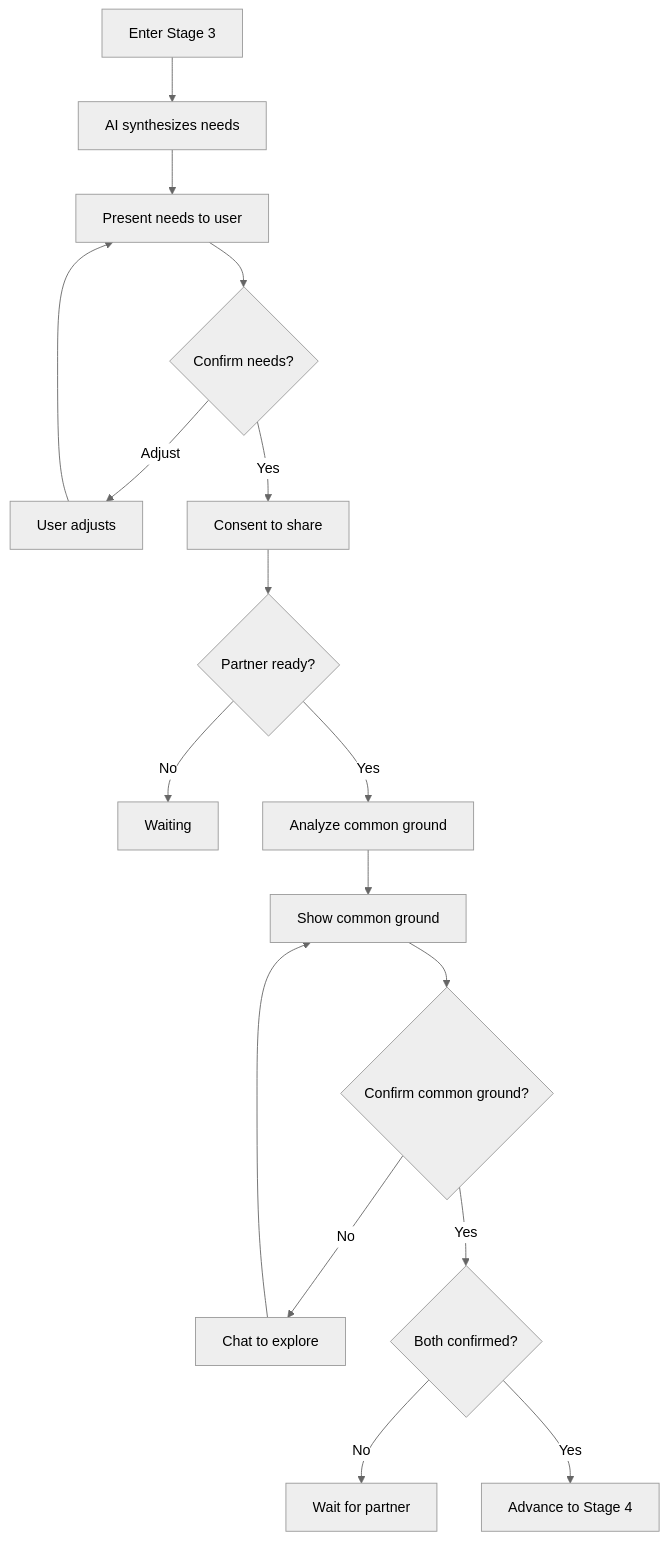
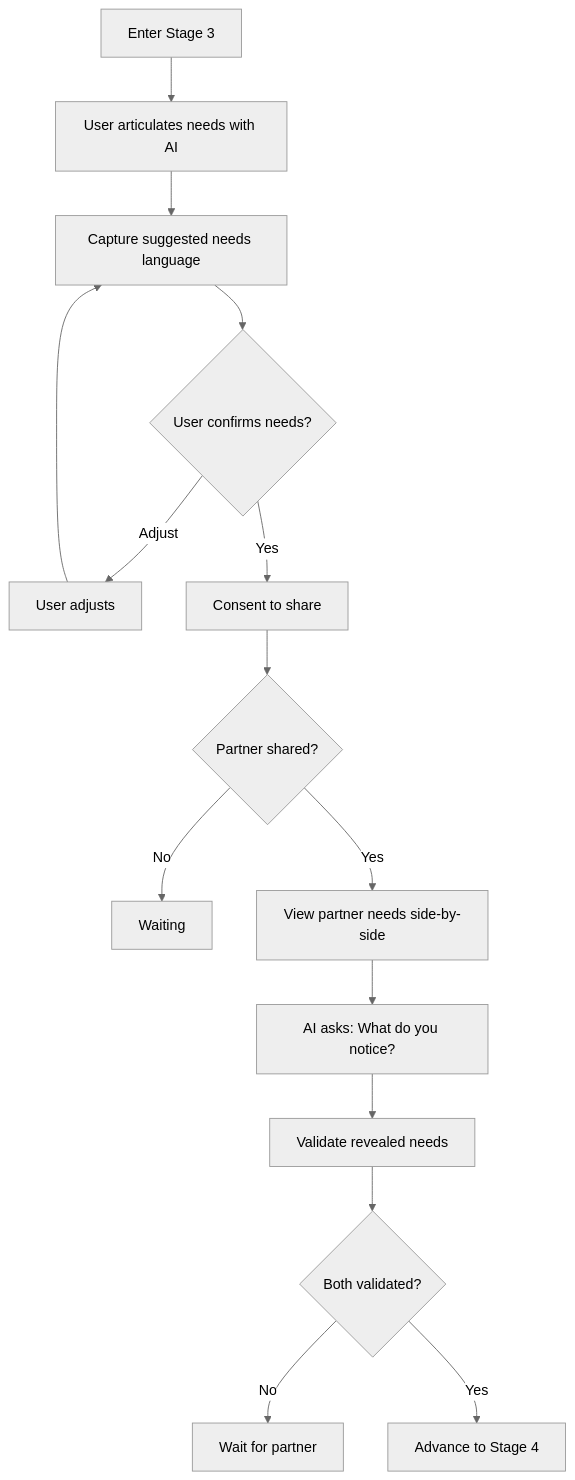
One commit to shantamg/meet-without-fear changed the diagram in docs/backend/api/stage-3.md. Above: the diagram before and after it, drawn with Mermaid (neutral theme). The commit also changed other lines of this file and 13 other files, not shown here.

````diff
--- a/docs/backend/api/stage-3.md
+++ b/docs/backend/api/stage-3.md
@@ -367,19 +290,17 @@
 ```mermaid
 flowchart TD
-    Enter[Enter Stage 3] --> Synthesize[AI synthesizes needs]
-    Synthesize --> Present[Present needs to user]
-    Present --> Confirm{Confirm needs?}
+    Enter[Enter Stage 3] --> Explore[User articulates needs with AI]
+    Explore --> Capture[Capture suggested needs language]
+    Capture --> Confirm{User confirms needs?}
     Confirm -->|Adjust| Refine[User adjusts]
-    Refine --> Present
+    Refine --> Capture
     Confirm -->|Yes| Consent[Consent to share]
-    Consent --> Wait{Partner ready?}
+    Consent --> Wait{Partner shared?}
     Wait -->|No| WaitState[Waiting]
-    Wait -->|Yes| Analyze[Analyze common ground]
-    Analyze --> ShowCommon[Show common ground]
-    ShowCommon --> ConfirmCG{Confirm common ground?}
-    ConfirmCG -->|No| Discuss[Chat to explore]
-    Discuss --> ShowCommon
-    ConfirmCG -->|Yes| BothConfirmed{Both confirmed?}
-    BothConfirmed -->|No| WaitPartner[Wait for partner]
-    BothConfirmed -->|Yes| Advance[Advance to Stage 4]
+    Wait -->|Yes| ShowNeeds[View partner needs side-by-side]
+    ShowNeeds --> Notice[AI asks: What do you notice?]
+    Notice --> Validate[Validate revealed needs]
+    Validate --> BothValidated{Both validated?}
+    BothValidated -->|No| WaitPartner[Wait for partner]
+    BothValidated -->|Yes| Advance[Advance to Stage 4]
 ```
````
